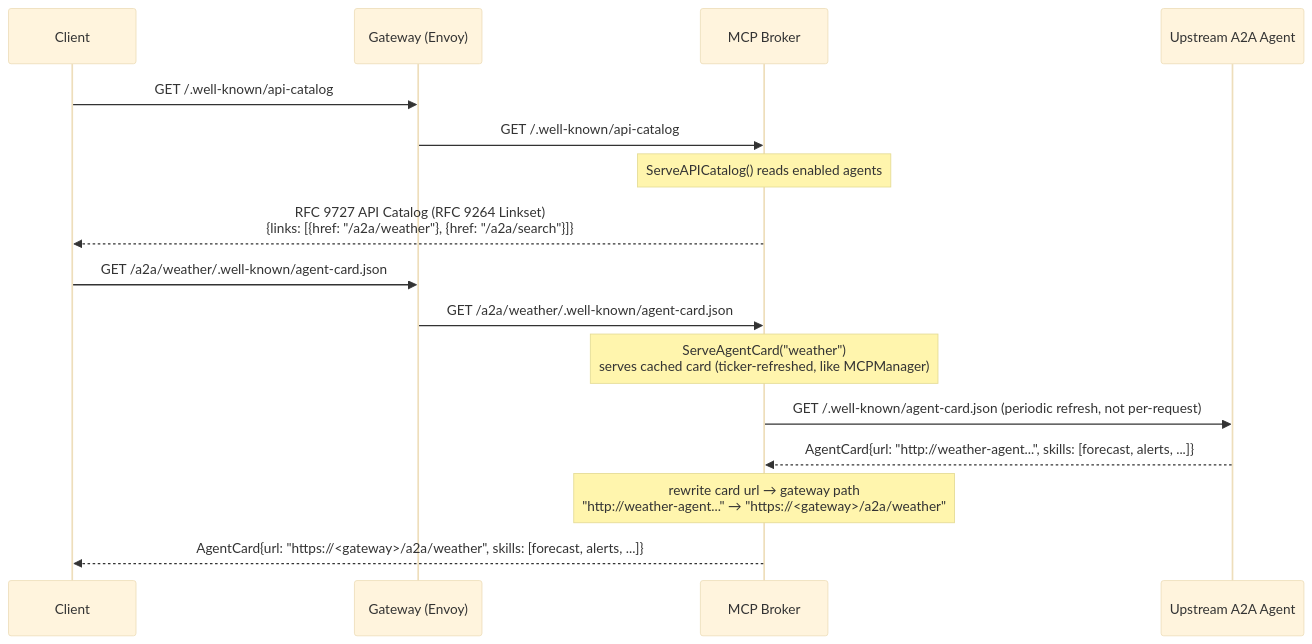
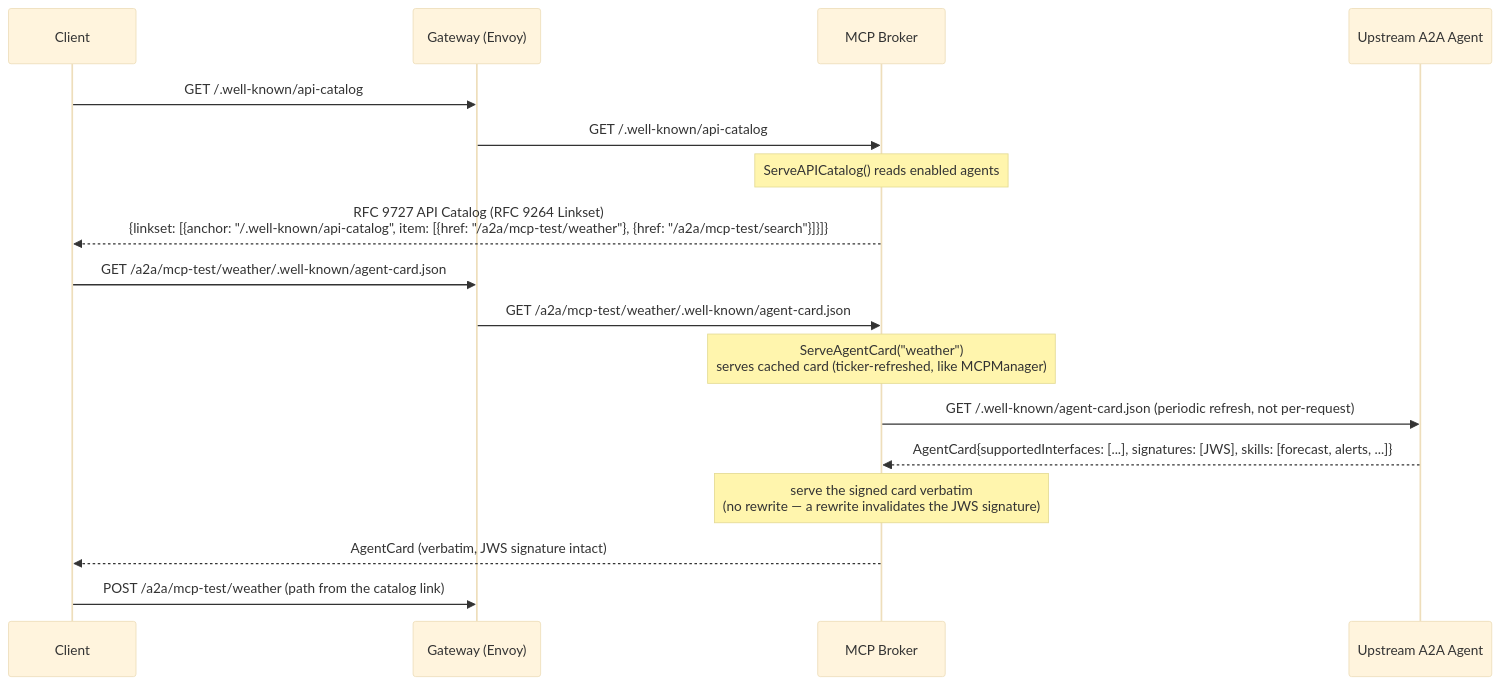
One commit to Aman-Cool/A2A-Agent2Agent-protocol changed the first of 5 diagrams in docs/design/a2a/a2a-design.md. Above: the diagram before and after it, drawn with Mermaid (base theme). The commit also changed other lines of this file and 3 other files, not shown here.

````diff
--- a/docs/design/a2a/a2a-design.md
+++ b/docs/design/a2a/a2a-design.md
@@ -130,19 +202,20 @@
 ```mermaid
 sequenceDiagram
     participant Client
     participant Gateway as Gateway (Envoy)
     participant Broker as MCP Broker
     participant Upstream as Upstream A2A Agent
 
     Client->>Gateway: GET /.well-known/api-catalog
     Gateway->>Broker: GET /.well-known/api-catalog
     Note over Broker: ServeAPICatalog() reads enabled agents
-    Broker-->>Client: RFC 9727 API Catalog (RFC 9264 Linkset)<br/>{links: [{href: "/a2a/weather"}, {href: "/a2a/search"}]}
-    Client->>Gateway: GET /a2a/weather/.well-known/agent-card.json
-    Gateway->>Broker: GET /a2a/weather/.well-known/agent-card.json
+    Broker-->>Client: RFC 9727 API Catalog (RFC 9264 Linkset)<br/>{linkset: [{anchor: "/.well-known/api-catalog", item: [{href: "/a2a/mcp-test/weather"}, {href: "/a2a/mcp-test/search"}]}]}
+    Client->>Gateway: GET /a2a/mcp-test/weather/.well-known/agent-card.json
+    Gateway->>Broker: GET /a2a/mcp-test/weather/.well-known/agent-card.json
     Note over Broker: ServeAgentCard("weather")<br/>serves cached card (ticker-refreshed, like MCPManager)
     Broker->>Upstream: GET /.well-known/agent-card.json (periodic refresh, not per-request)
-    Upstream-->>Broker: AgentCard{url: "http://weather-agent...", skills: [forecast, alerts, ...]}
-    Note over Broker: rewrite card url → gateway path<br/>"http://weather-agent..." → "https://<gateway>/a2a/weather"
-    Broker-->>Client: AgentCard{url: "https://<gateway>/a2a/weather", skills: [forecast, alerts, ...]}
+    Upstream-->>Broker: AgentCard{supportedInterfaces: [...], signatures: [JWS], skills: [forecast, alerts, ...]}
+    Note over Broker: serve the signed card verbatim<br/>(no rewrite — a rewrite invalidates the JWS signature)
+    Broker-->>Client: AgentCard (verbatim, JWS signature intact)
+    Client->>Gateway: POST /a2a/mcp-test/weather (path from the catalog link)
 ```
````
